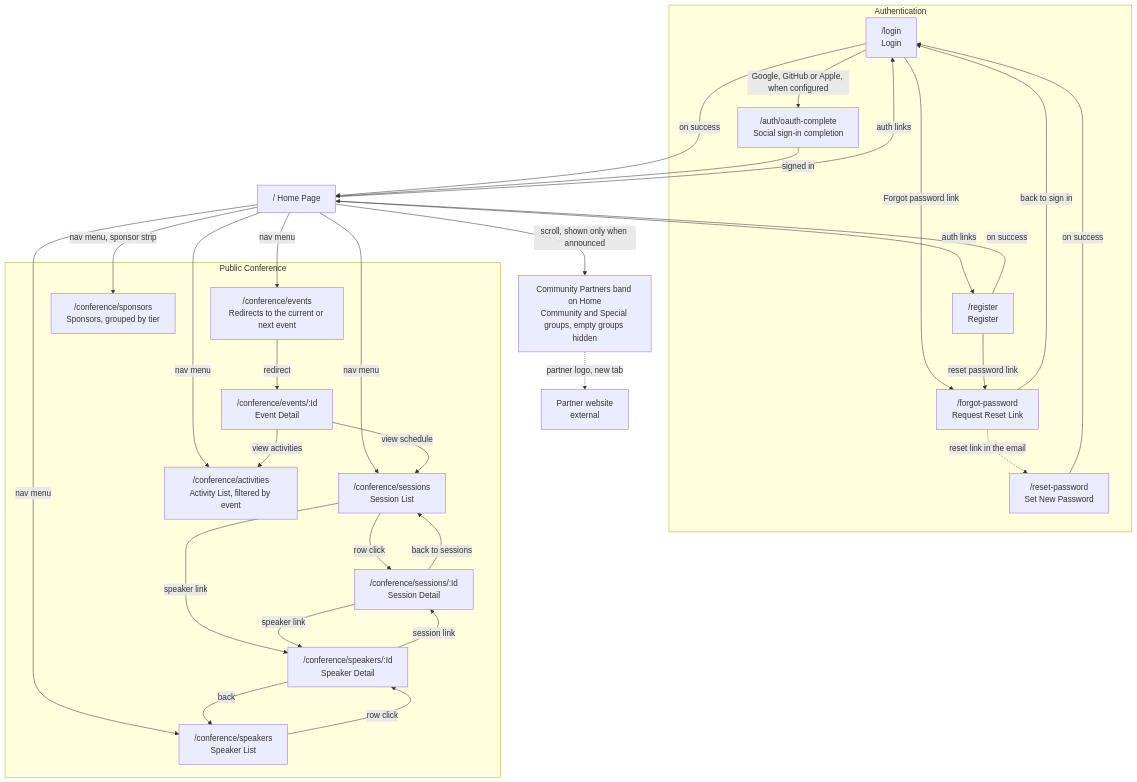
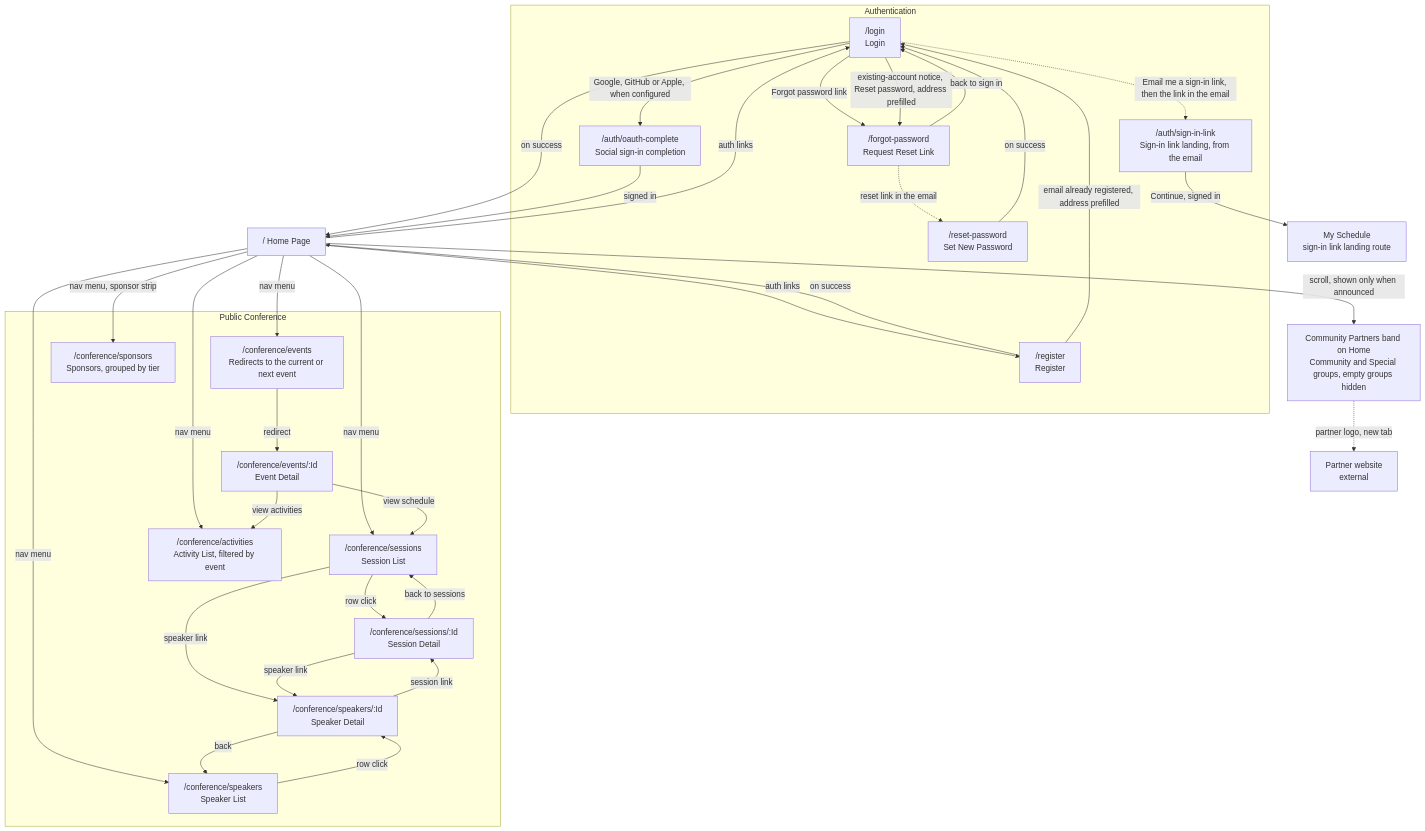
The first of 14 diagrams in docs-src/guides/adc-NavigationFlow.md (ivanball/ivanball.github.io), drawn with Mermaid before and after one commit. The commit also changed other lines of this file and 13 other files, not shown here.

````diff
--- a/docs-src/guides/adc-NavigationFlow.md
+++ b/docs-src/guides/adc-NavigationFlow.md
@@ -25,59 +25,64 @@
 ```mermaid
 flowchart TD
     subgraph Auth["Authentication"]
         Login["/login<br/>Login"]
         Register["/register<br/>Register"]
         OAuthComplete["/auth/oauth-complete<br/>Social sign-in completion"]
         ForgotPassword["/forgot-password<br/>Request Reset Link"]
         ResetPassword["/reset-password<br/>Set New Password"]
+        SignInLink["/auth/sign-in-link<br/>Sign-in link landing, from the email"]
     end
 
     subgraph Public["Public Conference"]
         PubEvents["/conference/events<br/>Redirects to the current or next event"]
         PubEventDetail["/conference/events/:Id<br/>Event Detail"]
         PubSessions["/conference/sessions<br/>Session List"]
         PubSessionDetail["/conference/sessions/:Id<br/>Session Detail"]
         PubSpeakers["/conference/speakers<br/>Speaker List"]
         PubSpeakerDetail["/conference/speakers/:Id<br/>Speaker Detail"]
         PubSponsors["/conference/sponsors<br/>Sponsors, grouped by tier"]
         PubActivities["/conference/activities<br/>Activity List, filtered by event"]
     end
 
     Home["/  Home Page"]
     HomePartners["Community Partners band on Home<br/>Community and Special groups, empty groups hidden"]
     PartnerSite["Partner website<br/>external"]
 
     Home -->|nav menu| PubEvents
     Home -->|nav menu| PubSessions
     Home -->|nav menu| PubSpeakers
     Home -->|nav menu, sponsor strip| PubSponsors
     Home -->|scroll, shown only when announced| HomePartners
     HomePartners -.->|partner logo, new tab| PartnerSite
     Home -->|nav menu| PubActivities
     Home -->|auth links| Login
     Home -->|auth links| Register
 
     Login -->|on success| Home
     Register -->|on success| Home
     Login -->|Google, GitHub or Apple, when configured| OAuthComplete
     OAuthComplete -->|signed in| Home
 
     Login -->|Forgot password link| ForgotPassword
-    Register -->|reset password link| ForgotPassword
+    Register -->|email already registered, address prefilled| Login
+    Login -->|existing-account notice, Reset password, address prefilled| ForgotPassword
     ForgotPassword -->|back to sign in| Login
     ForgotPassword -.->|reset link in the email| ResetPassword
     ResetPassword -->|on success| Login
+
+    Login -.->|Email me a sign-in link, then the link in the email| SignInLink
+    SignInLink -->|Continue, signed in| MySchedule["My Schedule<br/>sign-in link landing route"]
 
     PubEvents -->|redirect| PubEventDetail
     PubEventDetail -->|view schedule| PubSessions
     PubEventDetail -->|view activities| PubActivities
 
     PubSessions -->|row click| PubSessionDetail
     PubSessions -->|speaker link| PubSpeakerDetail
     PubSessionDetail -->|back to sessions| PubSessions
     PubSessionDetail -->|speaker link| PubSpeakerDetail
 
     PubSpeakers -->|row click| PubSpeakerDetail
     PubSpeakerDetail -->|session link| PubSessionDetail
     PubSpeakerDetail -->|back| PubSpeakers
 ```
````
